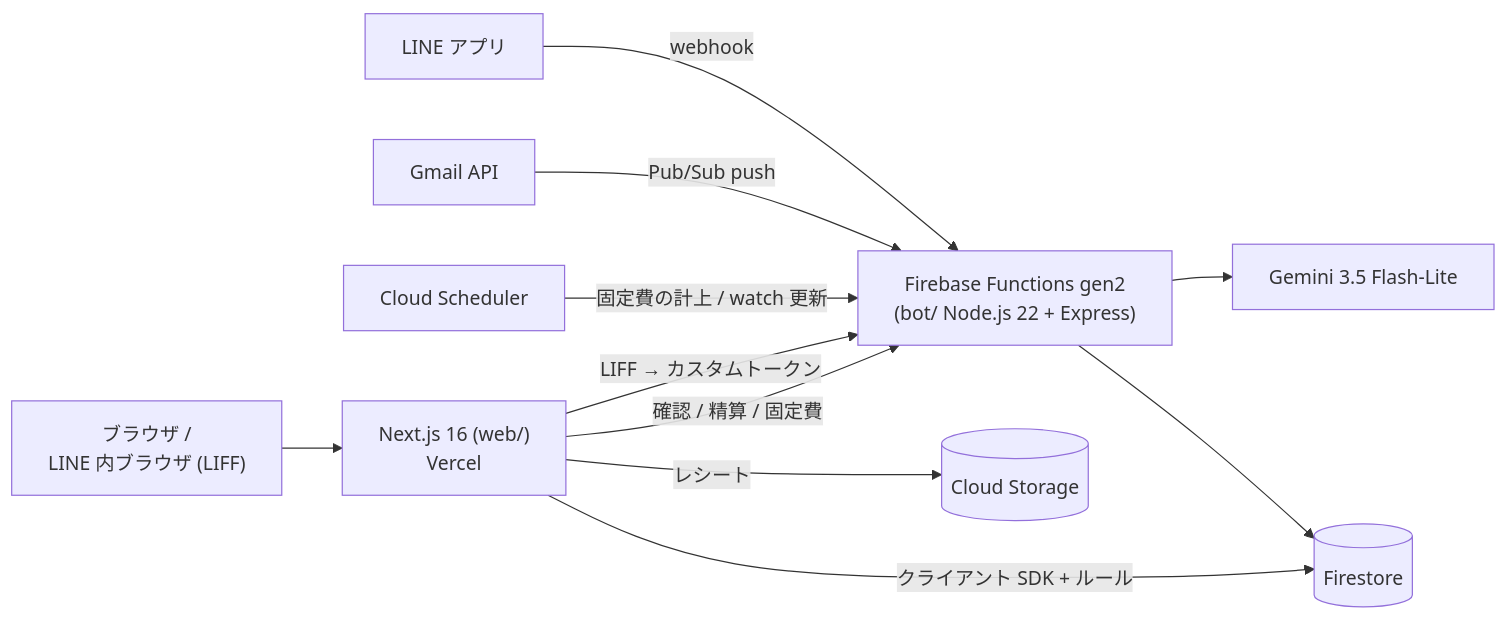
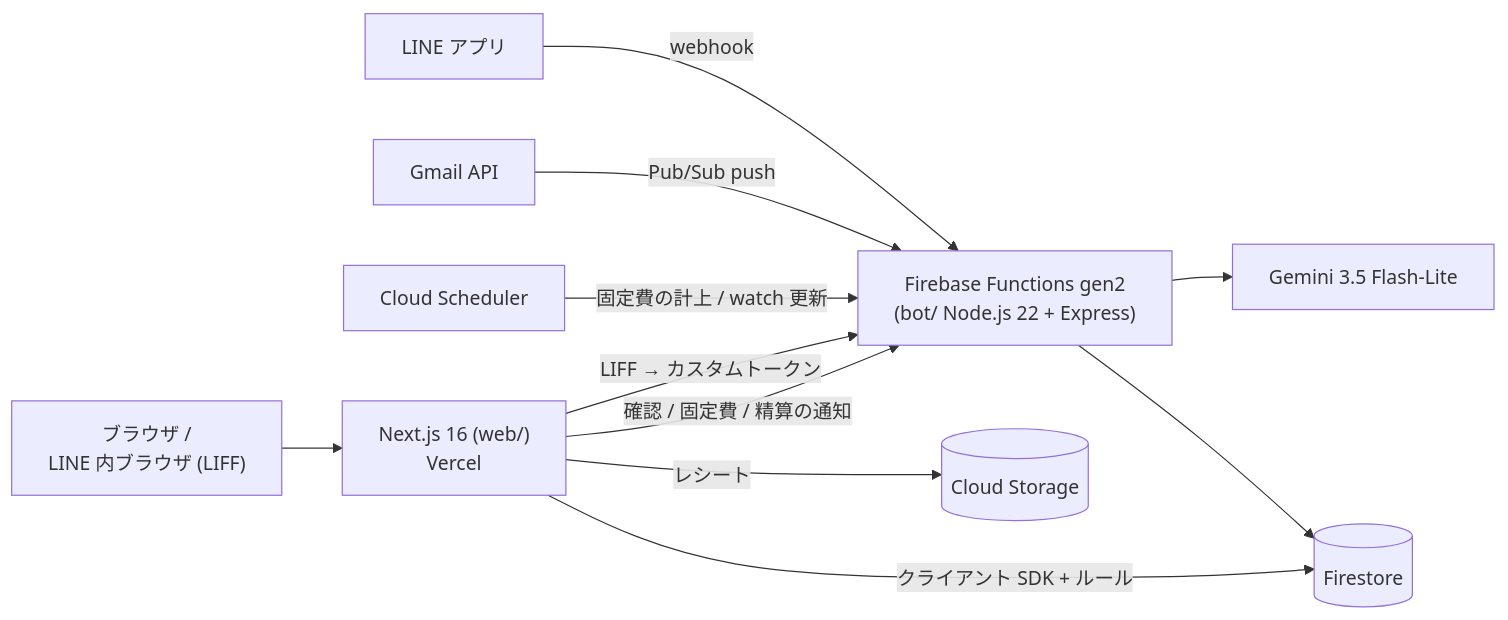
The diagram in README.md (Makoto041/line-kakeibo), drawn with Mermaid before and after one commit. The commit also changed other lines of this file and 51 other files, not shown here.

````diff
--- a/README.md
+++ b/README.md
@@ -55,13 +55,13 @@
 ```mermaid
 flowchart LR
     LINE["LINE アプリ"] -->|webhook| Bot["Firebase Functions gen2<br/>(bot/ Node.js 22 + Express)"]
     Gmail["Gmail API"] -->|Pub/Sub push| Bot
     Cron["Cloud Scheduler"] -->|固定費の計上 / watch 更新| Bot
     Bot --> Gemini["Gemini 3.5 Flash-Lite"]
     Bot --> FS[("Firestore")]
     Browser["ブラウザ /<br/>LINE 内ブラウザ (LIFF)"] --> Web["Next.js 16 (web/)<br/>Vercel"]
     Web -->|LIFF → カスタムトークン| Bot
     Web -->|クライアント SDK + ルール| FS
     Web -->|レシート| ST[("Cloud Storage")]
-    Web -->|確認 / 精算 / 固定費| Bot
+    Web -->|確認 / 固定費 / 精算の通知| Bot
 ```
````
